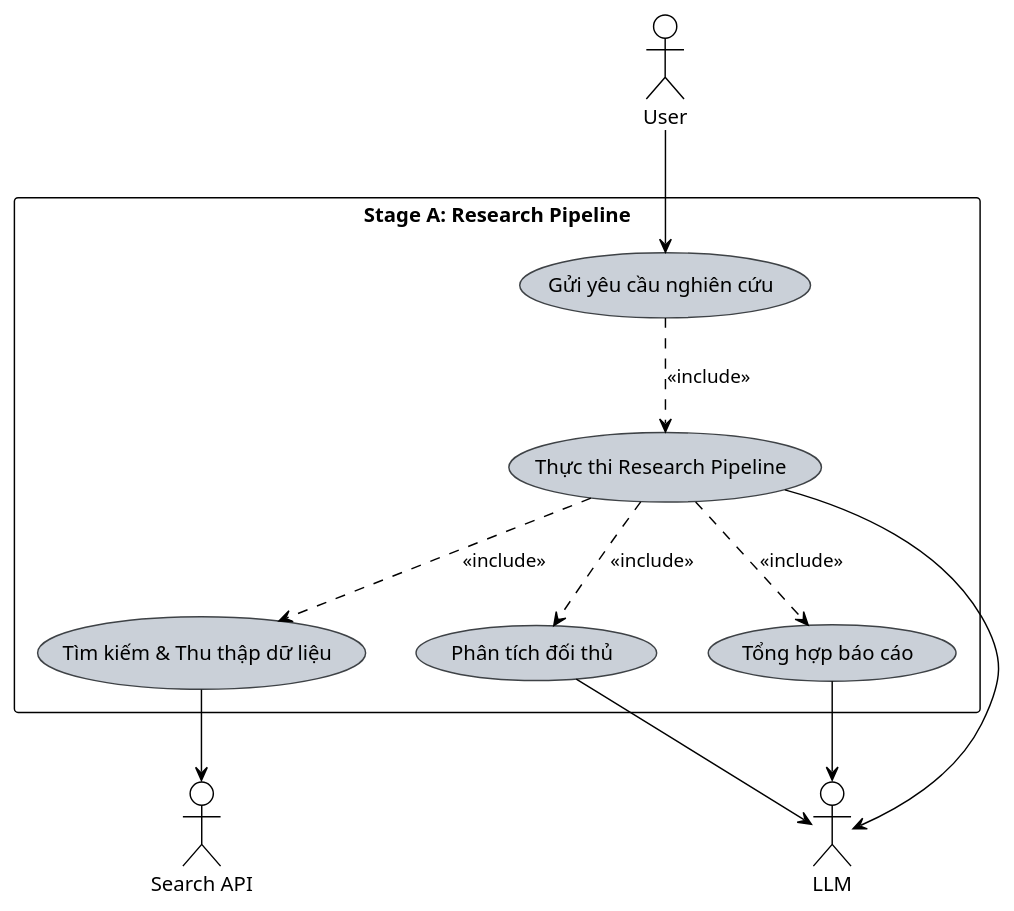
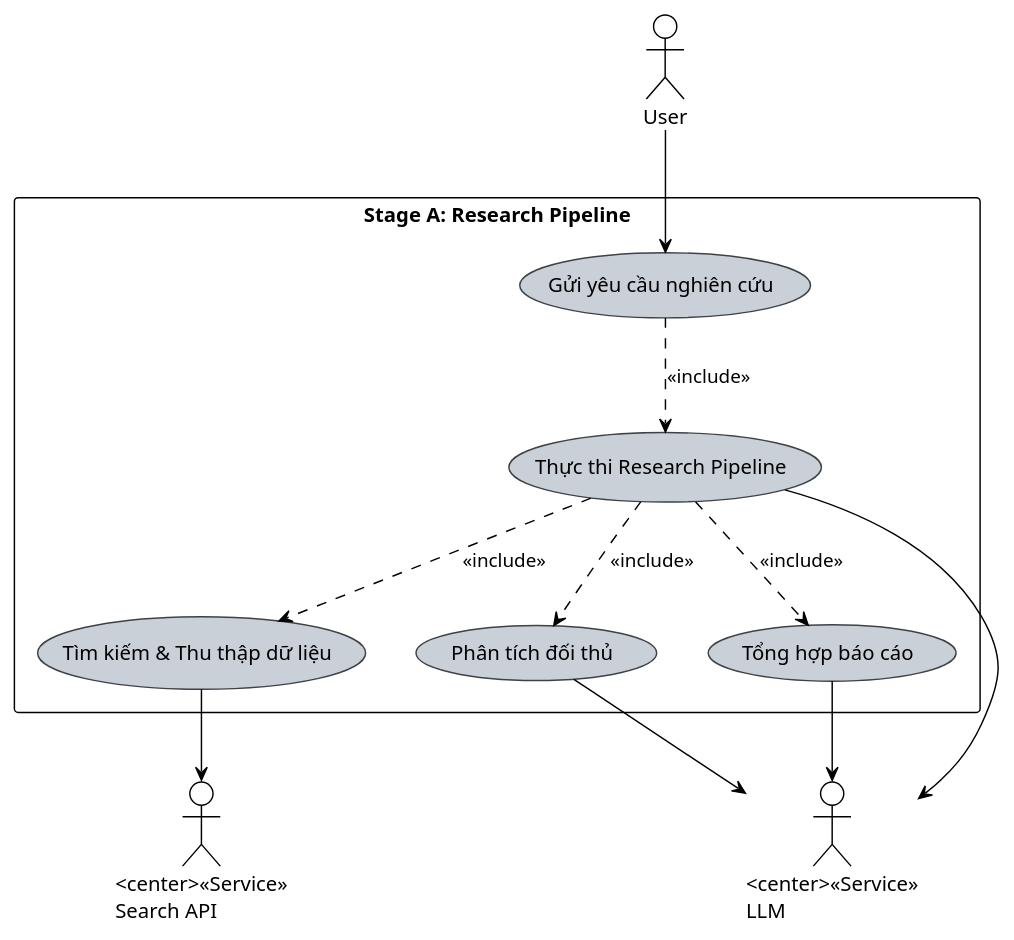
One commit to vien10022003/MarketMind-AI changed the second of 3 diagrams in diagram.md. Above: the diagram before and after it, drawn with PlantUML. The commit also changed other lines of this file and 2 other files, not shown here.

```diff
--- a/diagram.md
+++ b/diagram.md
@@ -4,27 +62,27 @@
 @startuml UseCase_StageA
 !theme plain
 skinparam usecaseBackgroundColor #CAD0D8
 skinparam usecaseBorderColor #3E4246
 
 actor User as U
-actor LLM as AI
-actor "Search API" as T
+actor "<center><<Service>>\nLLM" as AI
+actor "<center><<Service>>\nSearch API" as T
 rectangle "Stage A: Research Pipeline" {
 usecase UC6 as "Gửi yêu cầu nghiên cứu"
 usecase UC8 as "Thực thi Research Pipeline"
 usecase UC9 as "Tìm kiếm & Thu thập dữ liệu"
 usecase UC10 as "Phân tích đối thủ"
 usecase UC12 as "Tổng hợp báo cáo"
 }
 U --> UC6
 UC6 ..> UC8 : <<include>>
 UC8 ..> UC9 : <<include>>
 UC8 ..> UC10 : <<include>>
 UC8 ..> UC12 : <<include>>
 UC8 --> AI
 UC10 --> AI
 UC12 --> AI
 
 UC9 --> T
 
 @enduml
```
